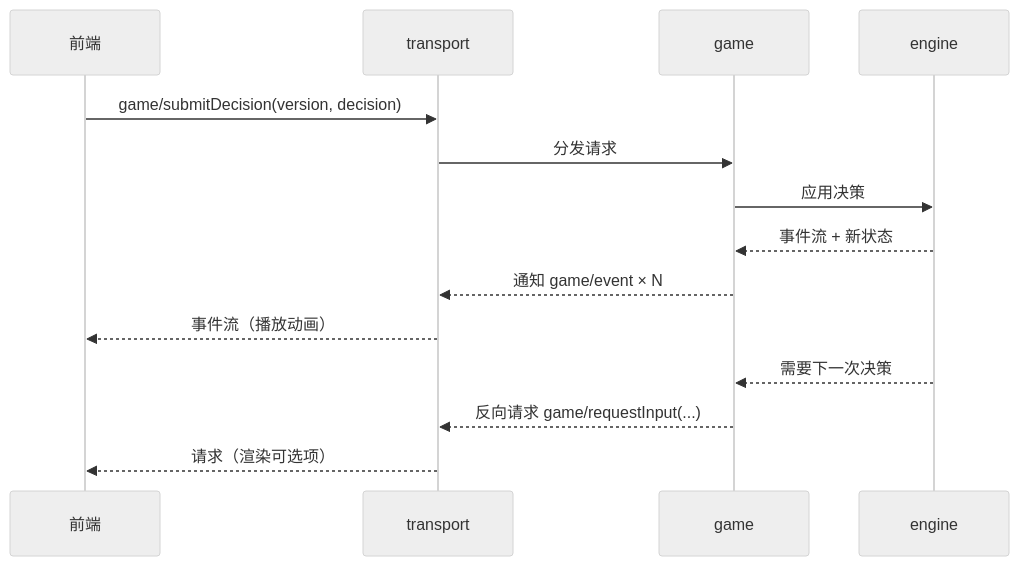
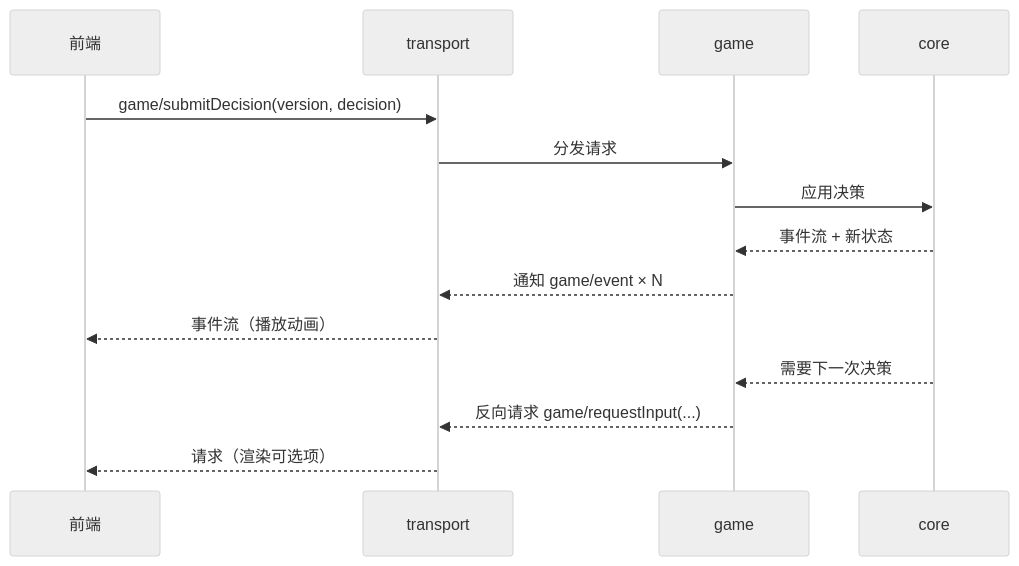
The diagram in .agents/skills/moe-kill-dev/references/architecture.md (sumneko/moe-kill), drawn with Mermaid (neutral theme) before and after one commit. The commit also changed other lines of this file and 8 other files, not shown here.

First line of the commit message:
【AI】refactor(core): engine 改名 core，照搬 attribute 属性库

````diff
--- a/.agents/skills/moe-kill-dev/references/architecture.md
+++ b/.agents/skills/moe-kill-dev/references/architecture.md
@@ -41,17 +41,17 @@
 ```mermaid
 sequenceDiagram
     participant FE as 前端
     participant TR as transport
     participant G as game
-    participant E as engine
+    participant E as core
 
     FE->>TR: game/submitDecision(version, decision)
     TR->>G: 分发请求
     G->>E: 应用决策
     E-->>G: 事件流 + 新状态
     G-->>TR: 通知 game/event × N
     TR-->>FE: 事件流（播放动画）
     E-->>G: 需要下一次决策
     G-->>TR: 反向请求 game/requestInput(...)
     TR-->>FE: 请求（渲染可选项）
 ```
````
